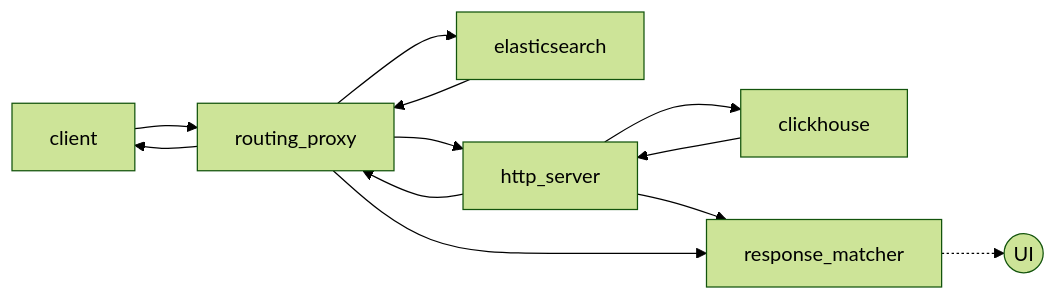
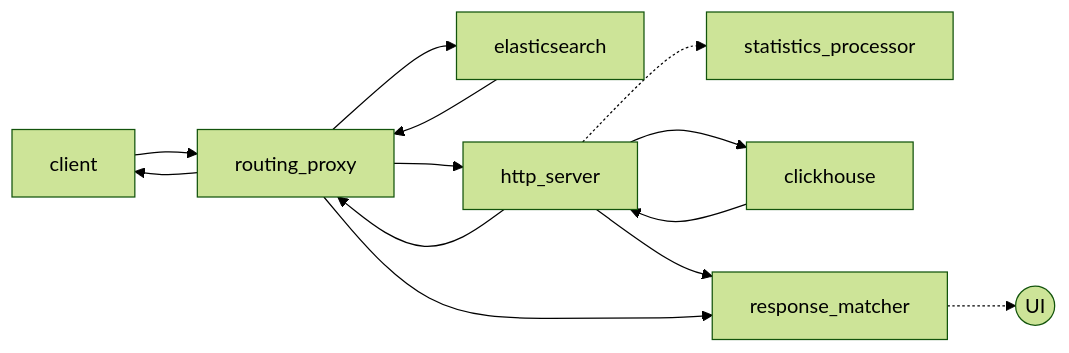
Before and after one commit to QuesmaOrg/quesma: the second of 3 diagrams in README.md, drawn with Mermaid (forest theme).

Commit message:
Fix Dual-Write Diagram (#250)

````diff
--- a/README.md
+++ b/README.md
@@ -26,14 +26,15 @@
 ```mermaid
 flowchart LR;
     client-->routing_proxy;
     routing_proxy-->elasticsearch;
     elasticsearch-->routing_proxy;
     routing_proxy-->http_server;
+    http_server-.->statistics_processor;
     http_server-->clickhouse;
     http_server-->routing_proxy;
     clickhouse-->http_server;
     http_server-->response_matcher;
     routing_proxy-->response_matcher;
     routing_proxy-->client;
     response_matcher-.->UI((UI))
 ```
````
